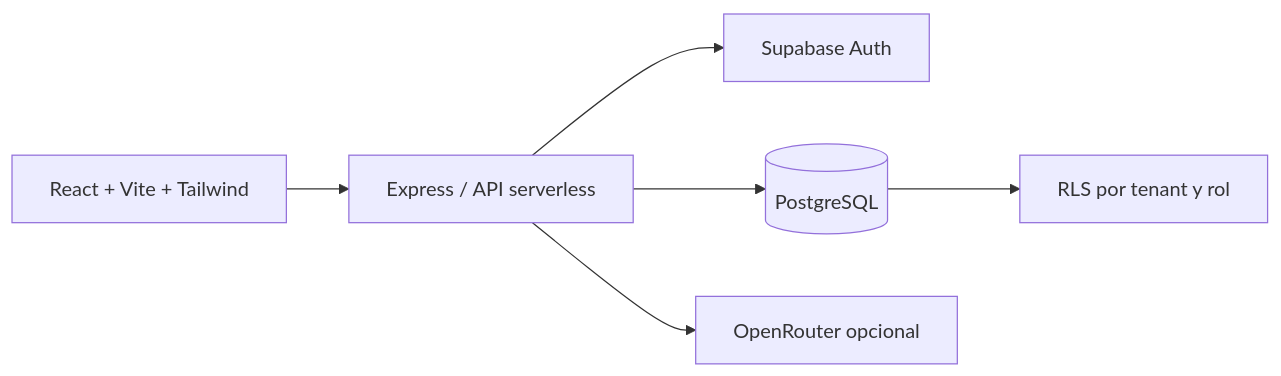
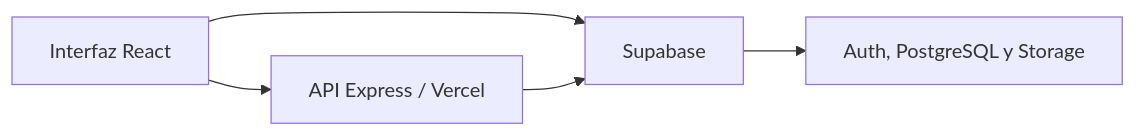
Before and after one commit to Hluengo/sistema-integral-convivencia-escolar: the diagram in README.md, drawn with Mermaid. The commit also changed other lines of this file and 14 other files, not shown here.

````diff
--- a/README.md
+++ b/README.md
@@ -68,8 +74,7 @@
 ```mermaid
 flowchart LR
-  UI[React + Vite + Tailwind] --> API[Express / API serverless]
-  API --> AUTH[Supabase Auth]
-  API --> DB[(PostgreSQL)]
-  DB --> RLS[RLS por tenant y rol]
-  API --> AI[OpenRouter opcional]
+    UI["Interfaz React"] --> API["API Express / Vercel"]
+    UI --> SB["Supabase"]
+    API --> SB
+    SB --> AUTH["Auth, PostgreSQL y Storage"]
 ```
````
